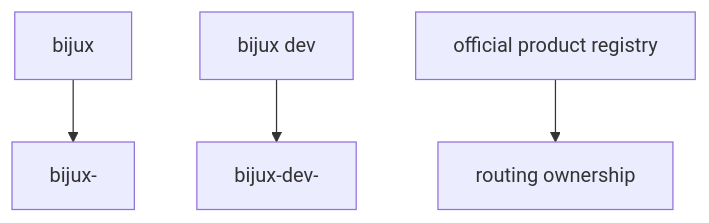
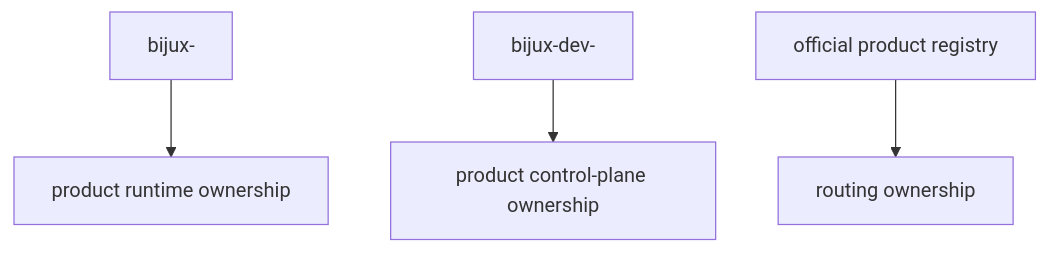
The second of 2 diagrams in docs/07-contracts/distribution-and-ownership.md (bijux/bijux-cli), drawn with Mermaid before and after one commit. The commit also changed other lines of this file and 15 other files, not shown here.

Commit message:
refactor(control-plane): separate maintainer binaries from runtime docs

````diff
--- a/docs/07-contracts/distribution-and-ownership.md
+++ b/docs/07-contracts/distribution-and-ownership.md
@@ -15,6 +15,6 @@
 ```mermaid
 flowchart TD
-    A[bijux <tool>] --> B[bijux-<tool>]
-    C[bijux dev <tool>] --> D[bijux-dev-<tool>]
+    A[bijux-<tool>] --> B[product runtime ownership]
+    C[bijux-dev-<tool>] --> D[product control-plane ownership]
     E[official product registry] --> F[routing ownership]
 ```
````
